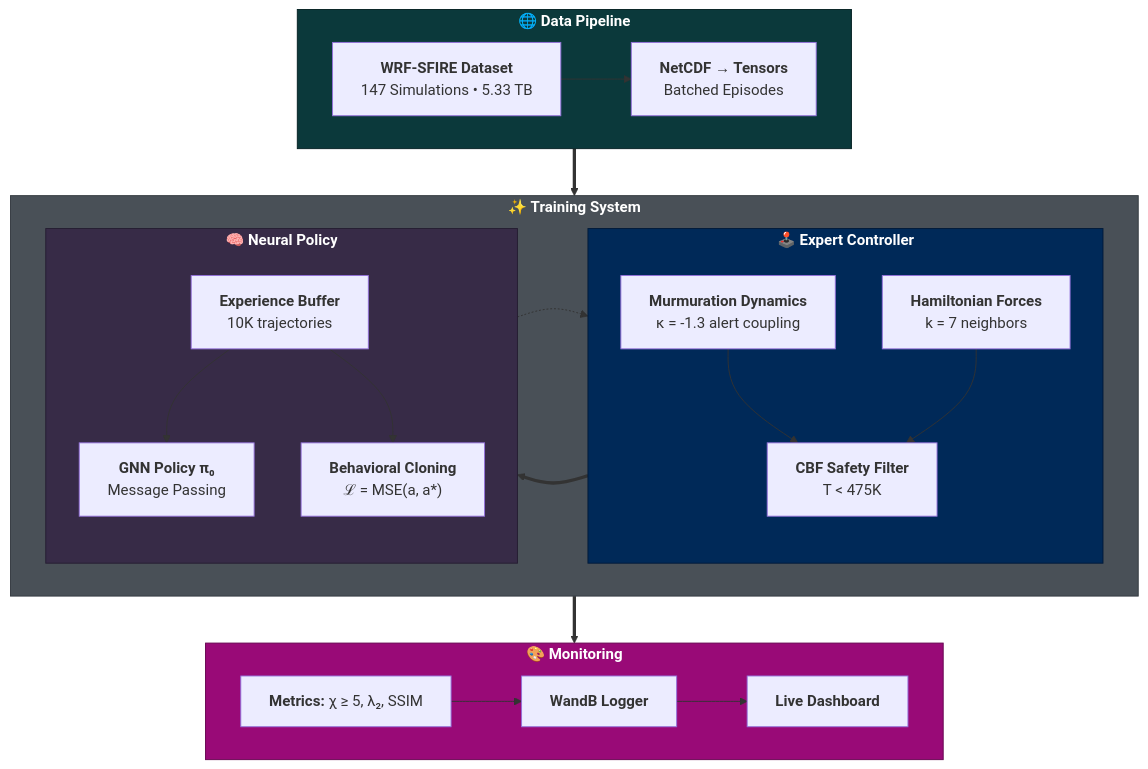
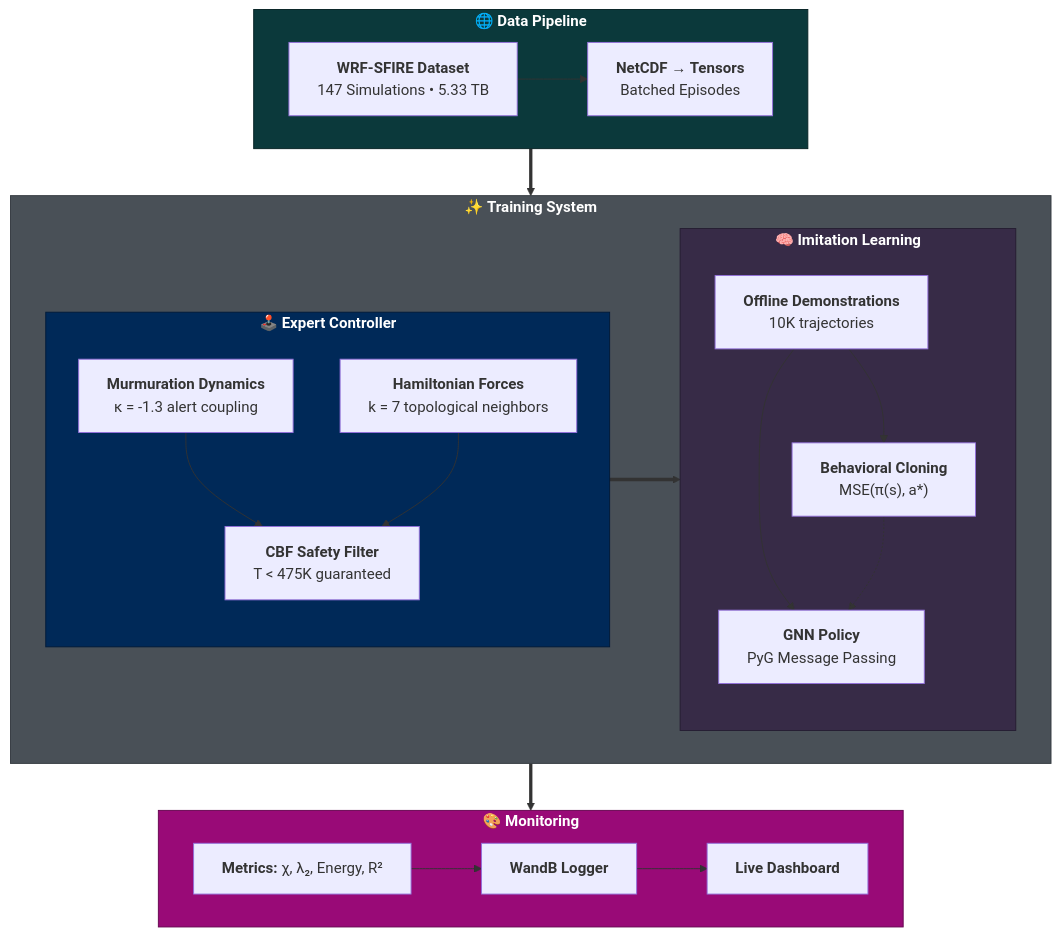
Before and after one commit to Jybbs/Thermur: the diagram in README.md, drawn with Mermaid. The commit also changed other lines of this file and 1 other file, not shown here.

````diff
--- a/README.md
+++ b/README.md
@@ -75,48 +75,48 @@
 ```mermaid
 flowchart TB
     subgraph Data["🌐 <b>Data Pipeline</b>"]
-        A["<b>WRF-SFIRE Dataset</b><br/>147 Simulations • 5.33 TB"] 
+        A["<b>WRF-SFIRE Dataset</b><br/>147 Simulations • 5.33 TB"]
         B["<b>NetCDF → Tensors</b><br/>Batched Episodes"]
         A --> B
     end
-    
+
     subgraph Training["✨ <b>Training System</b>"]
         subgraph Expert["🕹️ <b>Expert Controller</b>"]
             direction TB
             C["<b>Murmuration Dynamics</b><br/>κ = -1.3 alert coupling"]
-            D["<b>Hamiltonian Forces</b><br/>k = 7 neighbors"]
-            E["<b>CBF Safety Filter</b><br/>T < 475K"]
+            D["<b>Hamiltonian Forces</b><br/>k = 7 topological neighbors"]
+            E["<b>CBF Safety Filter</b><br/>T < 475K guaranteed"]
             C --> E
             D --> E
         end
-        
-        subgraph Learning["🧠 <b>Neural Policy</b>"]
+
+        subgraph Learning["🧠 <b>Imitation Learning</b>"]
             direction TB
-            F["<b>Experience Buffer</b><br/>10K trajectories"]
-            G["<b>GNN Policy π₀</b><br/>Message Passing"]
-            H["<b>Behavioral Cloning</b><br/>ℒ = MSE(a, a*)"]
+            F["<b>Offline Demonstrations</b><br/>10K trajectories"]
+            G["<b>GNN Policy</b><br/>PyG Message Passing"]
+            H["<b>Behavioral Cloning</b><br/>MSE(π(s), a*)"]
             F --> G
             F --> H
         end
-        
+
         E ==> F
-        H -.-> C
+        H -.-> G
     end
-    
+
     subgraph Monitor["🎨 <b>Monitoring</b>"]
-        I["<b>Metrics:</b> χ ≥ 5, λ₂, SSIM"]
+        I["<b>Metrics:</b> χ, λ₂, Energy, R²"]
         J["<b>WandB Logger</b>"]
         K["<b>Live Dashboard</b>"]
         I --> J
         J --> K
     end
-    
+
     Data ==> Training
     Training ==> Monitor
-    
+
     style Data fill:#0b393b,stroke:#052123,color:#fff
     style Training fill:#495057,stroke:#343a40,color:#fff
     style Expert fill:#002958,stroke:#001a39,color:#fff
     style Learning fill:#372B47,stroke:#251d32,color:#fff
     style Monitor fill:#990a77,stroke:#660550,color:#fff
 ```
````
